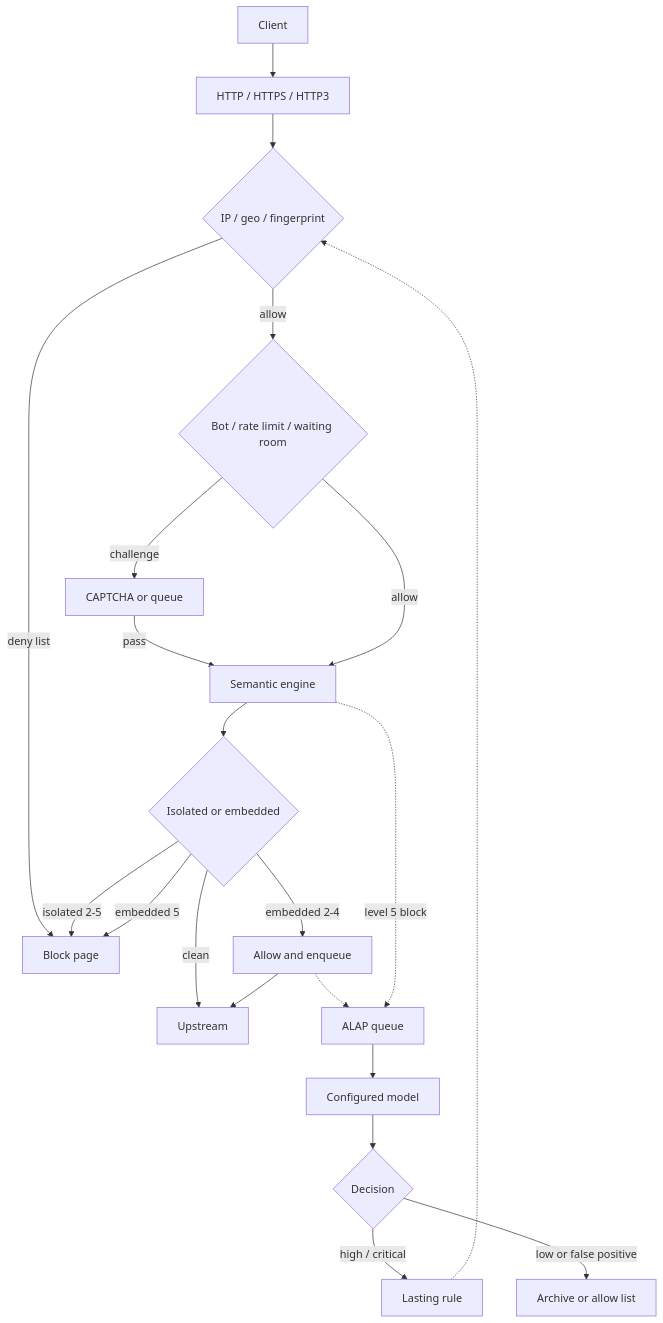
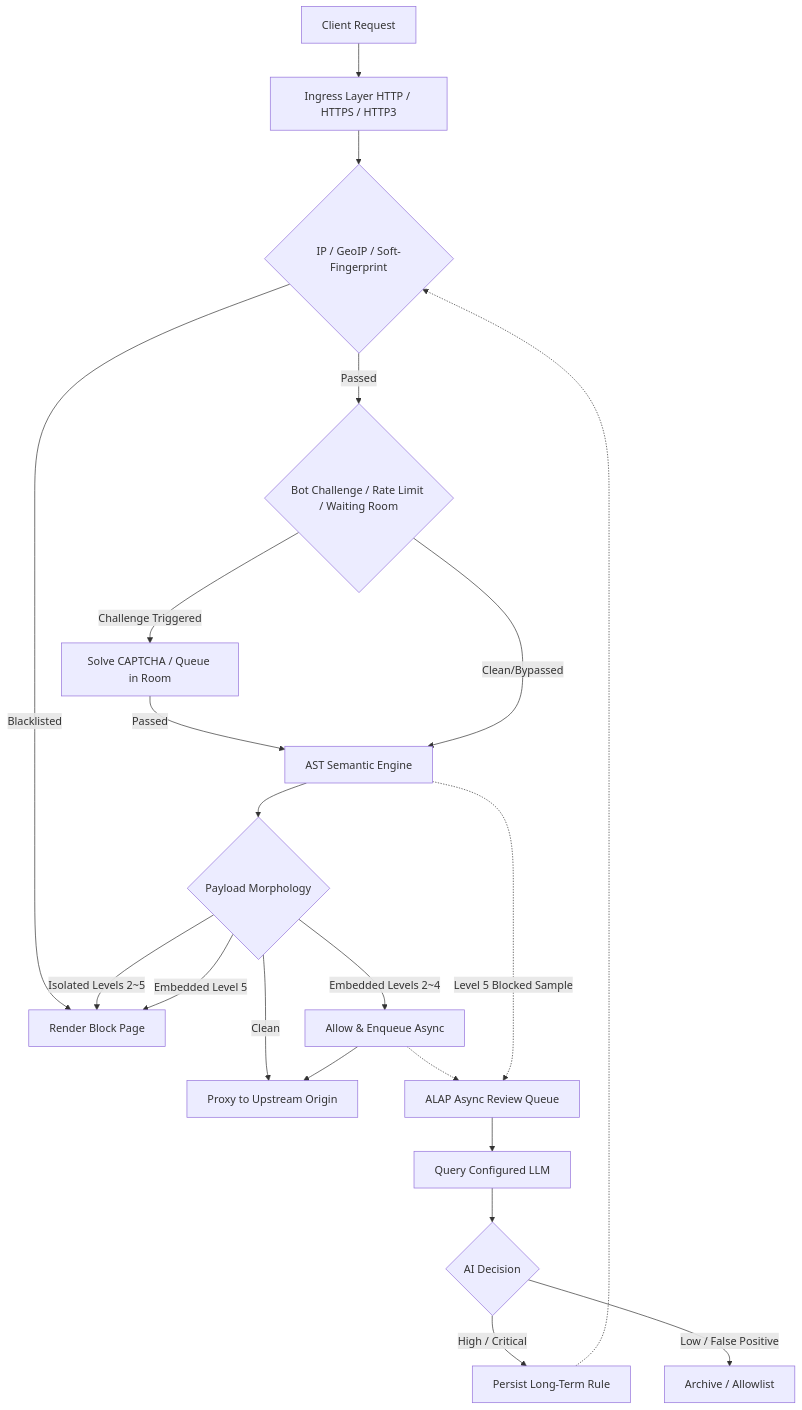
One commit to LaokeQwQ/CheeseSec_Docs changed the diagram in content/docs/cheesewaf/concepts/pipeline.md. Above: the diagram before and after it, drawn with Mermaid. The commit also changed other lines of this file and 86 other files, not shown here.

Commit message:
更新 CheeseWAF 手册文案，并换成新的站点图标。

````diff
--- a/content/docs/cheesewaf/concepts/pipeline.md
+++ b/content/docs/cheesewaf/concepts/pipeline.md
@@ -8,23 +10,23 @@
 ```mermaid
 flowchart TB
-  Client[Client] --> Ingress[HTTP / HTTPS / HTTP3]
-  Ingress --> IP{IP / geo / fingerprint}
-  IP -->|deny list| Block[Block page]
-  IP -->|allow| Bot{Bot / rate limit / waiting room}
-  Bot -->|challenge| Challenge[CAPTCHA or queue]
-  Challenge -->|pass| Sem
-  Bot -->|allow| Sem[Semantic engine]
-  Sem --> Shape{Isolated or embedded}
-  Shape -->|isolated 2-5| Block
-  Shape -->|embedded 5| Block
-  Shape -->|embedded 2-4| Pass[Allow and enqueue]
-  Shape -->|clean| Origin[Upstream]
+  Client[Client Request] --> Ingress[Ingress Layer HTTP / HTTPS / HTTP3]
+  Ingress --> IP{IP / GeoIP / Soft-Fingerprint}
+  IP -->|Blacklisted| Block[Render Block Page]
+  IP -->|Passed| Bot{Bot Challenge / Rate Limit / Waiting Room}
+  Bot -->|Challenge Triggered| Challenge[Solve CAPTCHA / Queue in Room]
+  Challenge -->|Passed| Sem
+  Bot -->|Clean/Bypassed| Sem[AST Semantic Engine]
+  Sem --> Shape{Payload Morphology}
+  Shape -->|Isolated Levels 2~5| Block
+  Shape -->|Embedded Level 5| Block
+  Shape -->|Embedded Levels 2~4| Pass[Allow & Enqueue Async]
+  Shape -->|Clean| Origin[Proxy to Upstream Origin]
   Pass --> Origin
-  Pass -.-> Queue[ALAP queue]
-  Sem -.->|level 5 block| Queue
-  Queue --> LLM[Configured model]
-  LLM --> Review{Decision}
-  Review -->|high / critical| Rule[Lasting rule]
-  Review -->|low or false positive| Dismiss[Archive or allow list]
+  Pass -.-> Queue[ALAP Async Review Queue]
+  Sem -.->|Level 5 Blocked Sample| Queue
+  Queue --> LLM[Query Configured LLM]
+  LLM --> Review{AI Decision}
+  Review -->|High / Critical| Rule[Persist Long-Term Rule]
+  Review -->|Low / False Positive| Dismiss[Archive / Allowlist]
   Rule -.-> IP
 ```
````
